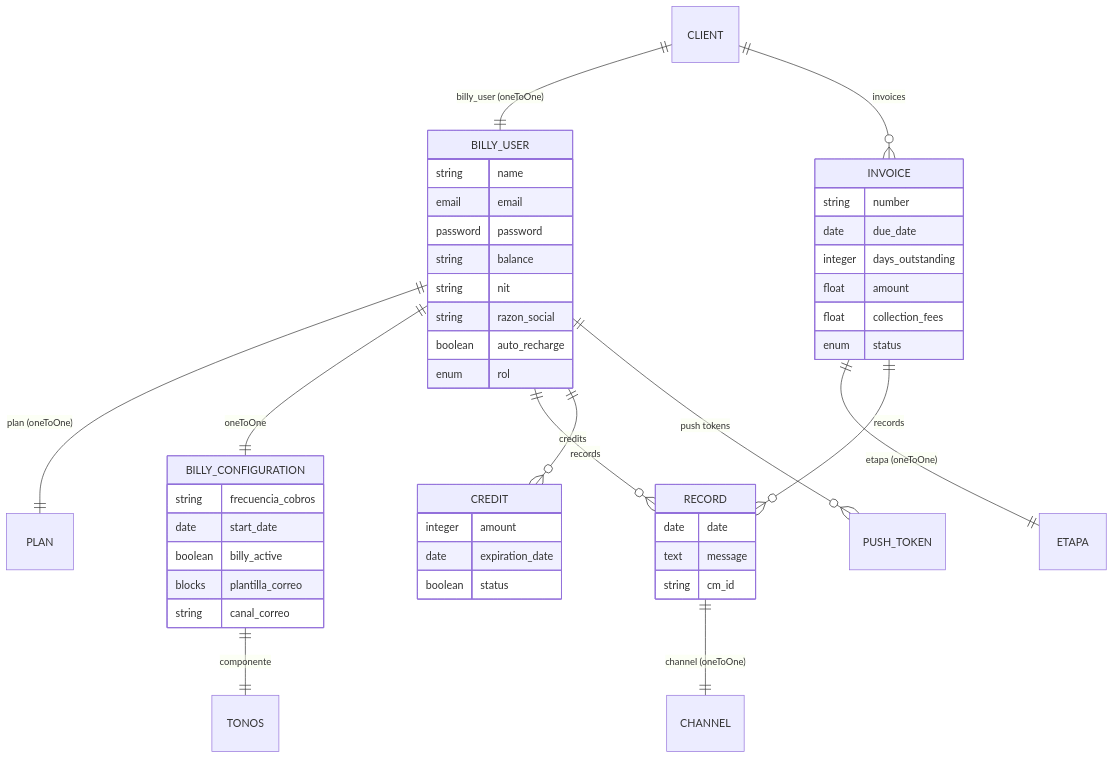
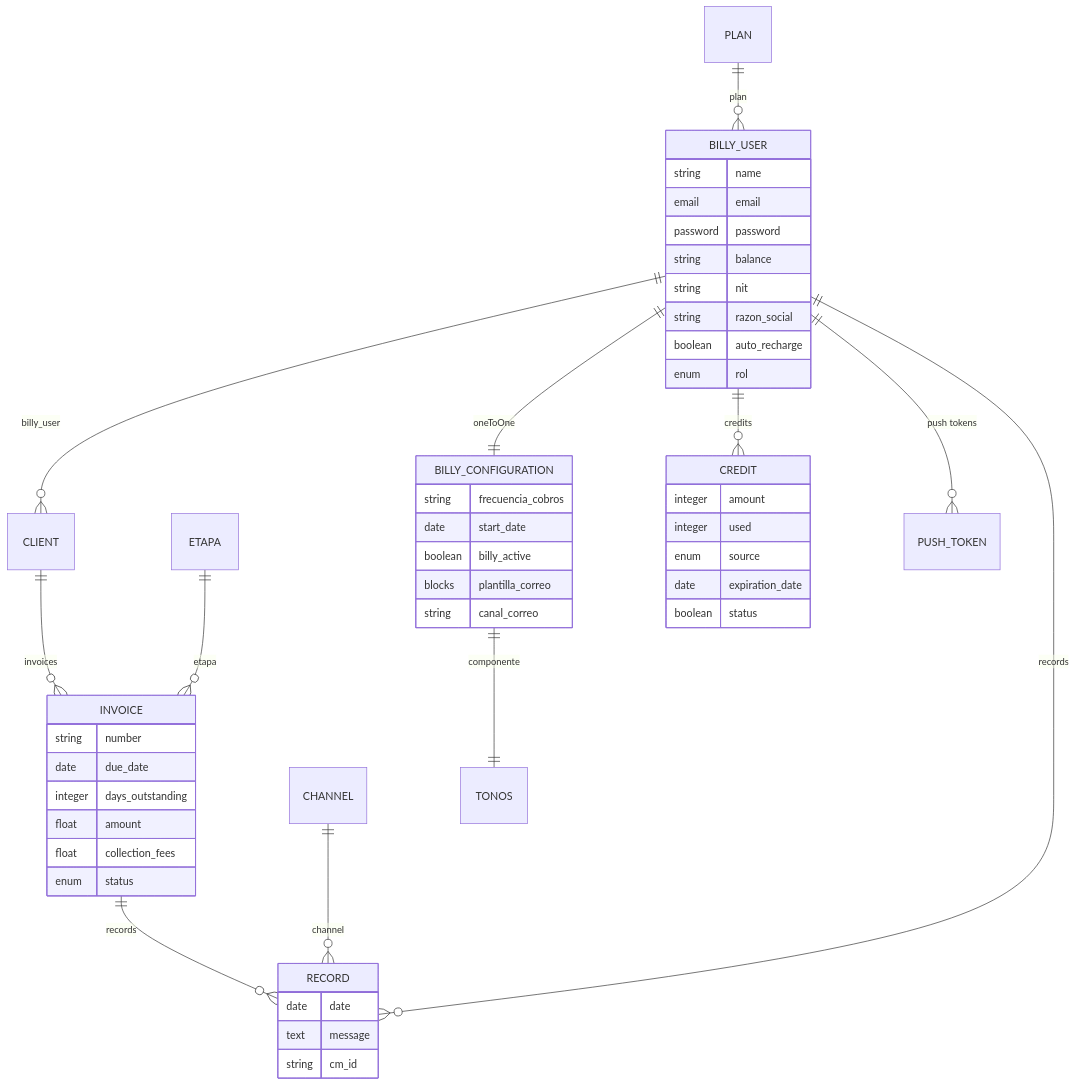
One commit to Dreinova/billyapp-docs changed the diagram in docs/datos/modelo-de-datos.md. Above: the diagram before and after it, drawn with Mermaid. The commit also changed other lines of this file and 13 other files, not shown here.

````diff
--- a/docs/datos/modelo-de-datos.md
+++ b/docs/datos/modelo-de-datos.md
@@ -26,50 +26,52 @@
 ```mermaid
 erDiagram
-  BILLY_USER ||--|| PLAN : "plan (oneToOne)"
+  BILLY_USER ||--o{ CLIENT : "billy_user"
   BILLY_USER ||--|| BILLY_CONFIGURATION : "oneToOne"
-  CLIENT ||--|| BILLY_USER : "billy_user (oneToOne)"
+  PLAN ||--o{ BILLY_USER : "plan"
   CLIENT ||--o{ INVOICE : "invoices"
-  INVOICE ||--|| ETAPA : "etapa (oneToOne)"
+  ETAPA ||--o{ INVOICE : "etapa"
   INVOICE ||--o{ RECORD : "records"
-  RECORD ||--|| CHANNEL : "channel (oneToOne)"
+  CHANNEL ||--o{ RECORD : "channel"
   BILLY_USER ||--o{ RECORD : "records"
   BILLY_USER ||--o{ CREDIT : "credits"
   BILLY_USER ||--o{ PUSH_TOKEN : "push tokens"
   BILLY_CONFIGURATION ||--|| TONOS : "componente"
 
   BILLY_USER {
     string name
     email email
     password password
     string balance
     string nit
     string razon_social
     boolean auto_recharge
     enum rol
   }
   BILLY_CONFIGURATION {
     string frecuencia_cobros
     date start_date
     boolean billy_active
     blocks plantilla_correo
     string canal_correo
   }
   INVOICE {
     string number
     date due_date
     integer days_outstanding
     float amount
     float collection_fees
     enum status
   }
   CREDIT {
     integer amount
+    integer used
+    enum source
     date expiration_date
     boolean status
   }
   RECORD {
     date date
     text message
     string cm_id
   }
 ```
````
